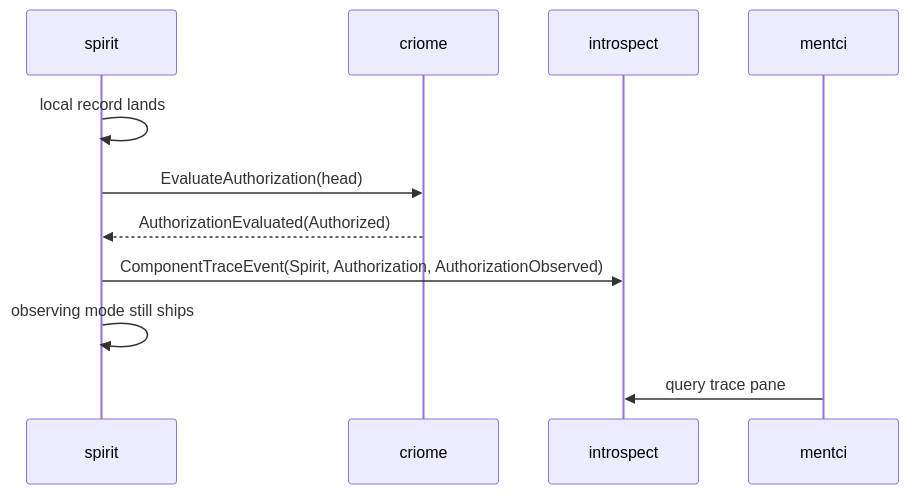
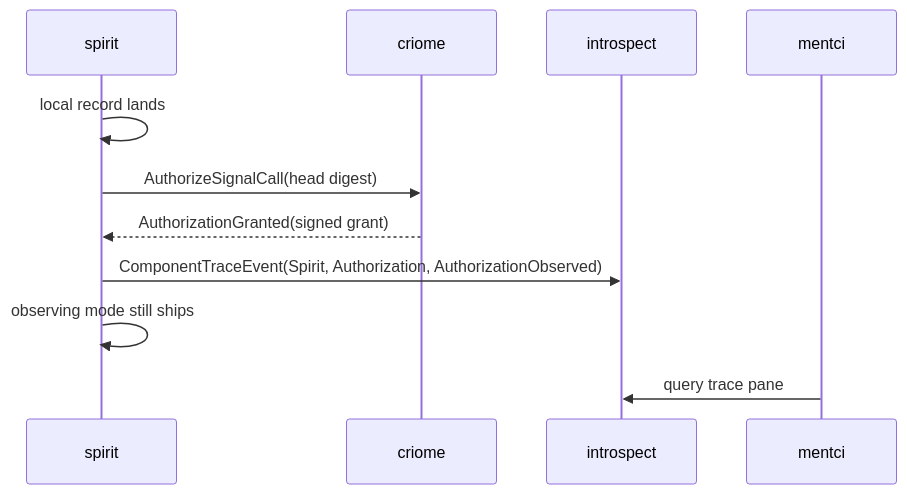
Before and after one commit to LiGoldragon/primary: the first of 2 diagrams in reports/operator/456-spirit-real-authorization-trace-status.md, drawn with Mermaid. The commit also changed other lines of this file, not shown here.

Commit message:
operator report signed criome approval correction

````diff
--- a/reports/operator/456-spirit-real-authorization-trace-status.md
+++ b/reports/operator/456-spirit-real-authorization-trace-status.md
@@ -19,14 +22,14 @@
 ```mermaid
 sequenceDiagram
     participant Spirit as spirit
     participant Criome as criome
     participant Introspect as introspect
     participant Mentci as mentci
 
     Spirit->>Spirit: local record lands
-    Spirit->>Criome: EvaluateAuthorization(head)
-    Criome-->>Spirit: AuthorizationEvaluated(Authorized)
+    Spirit->>Criome: AuthorizeSignalCall(head digest)
+    Criome-->>Spirit: AuthorizationGranted(signed grant)
     Spirit->>Introspect: ComponentTraceEvent(Spirit, Authorization, AuthorizationObserved)
     Spirit->>Spirit: observing mode still ships
     Mentci->>Introspect: query trace pane
 ```
````
